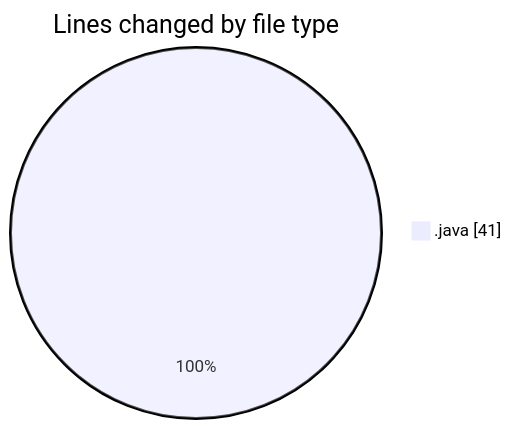
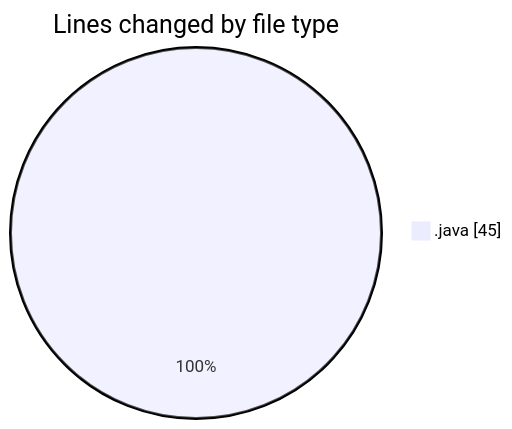
The first of 2 diagrams in 2025-02-08/optional_codings/README.md (NitaiMahat/code-tracking), drawn with Mermaid before and after one commit. The commit also changed other lines of this file and 1 other file, not shown here.

````diff
--- a/2025-02-08/optional_codings/README.md
+++ b/2025-02-08/optional_codings/README.md
@@ -20,5 +21,5 @@
 ```mermaid
 pie showData
 title Lines changed by file type
-".java" : 41
+".java" : 45
 ```
````
